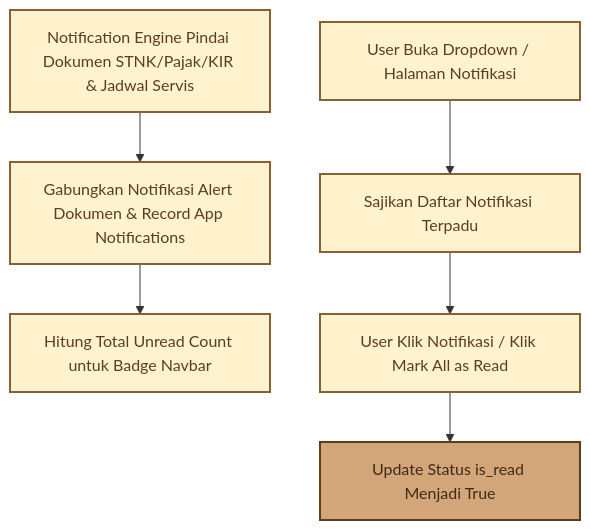
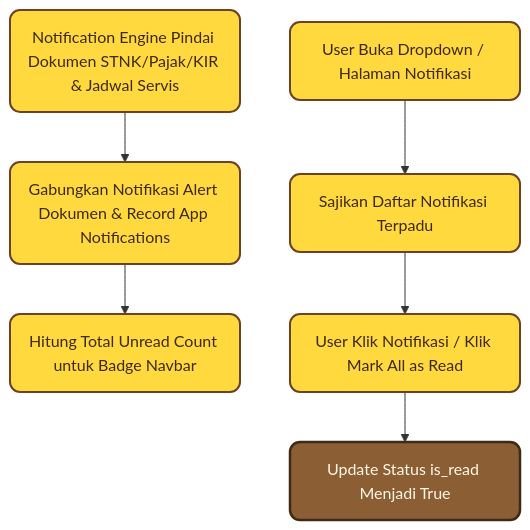
Diagram 13 of 13 in docs/DOKUMENTASI_MODULE_SISTEM.md (nazwasalsabila181718-droid/manajemen_perawatan), drawn with Mermaid before and after one commit. The commit also changed other lines of this file, not shown here.

Commit message:
style: modernisasi diagram mermaid dengan tema kuning cerah rounded

````diff
--- a/docs/DOKUMENTASI_MODULE_SISTEM.md
+++ b/docs/DOKUMENTASI_MODULE_SISTEM.md
@@ -347,14 +363,14 @@
 ```mermaid
 flowchart TD
-    classDef default fill:#FFF3CD,stroke:#8B5E34,stroke-width:2px,color:#5C3D1F;
-    classDef highlight fill:#D2A679,stroke:#5C3D1F,stroke-width:2px,color:#3E2A17;
+    A(Notification Engine Pindai Dokumen STNK/Pajak/KIR & Jadwal Servis) --> B(Gabungkan Notifikasi Alert Dokumen & Record App Notifications)
+    B --> C(Hitung Total Unread Count untuk Badge Navbar)
+    D(User Buka Dropdown / Halaman Notifikasi) --> E(Sajikan Daftar Notifikasi Terpadu)
+    E --> F(User Klik Notifikasi / Klik Mark All as Read)
+    F --> G(Update Status is_read Menjadi True)
 
-    A[Notification Engine Pindai Dokumen STNK/Pajak/KIR & Jadwal Servis] --> B[Gabungkan Notifikasi Alert Dokumen & Record App Notifications]
-    B --> C[Hitung Total Unread Count untuk Badge Navbar]
-    D[User Buka Dropdown / Halaman Notifikasi] --> E[Sajikan Daftar Notifikasi Terpadu]
-    E --> F[User Klik Notifikasi / Klik Mark All as Read]
-    F --> G[Update Status is_read Menjadi True]
+    classDef default fill:#FFD93D,stroke:#6B4226,stroke-width:2px,color:#3E2A17,rx:10,ry:10;
+    classDef highlight fill:#8B5E34,stroke:#3E2A17,stroke-width:2.5px,color:#FFF8E7,rx:10,ry:10;
 
     class A,B,C,D,E,F default;
     class G highlight;
 ```
````
